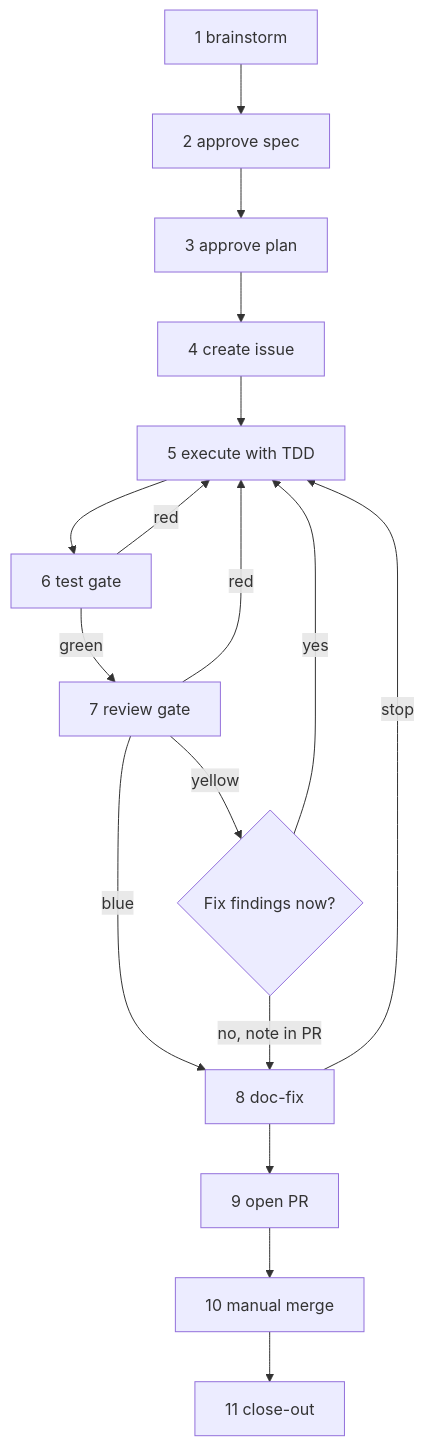
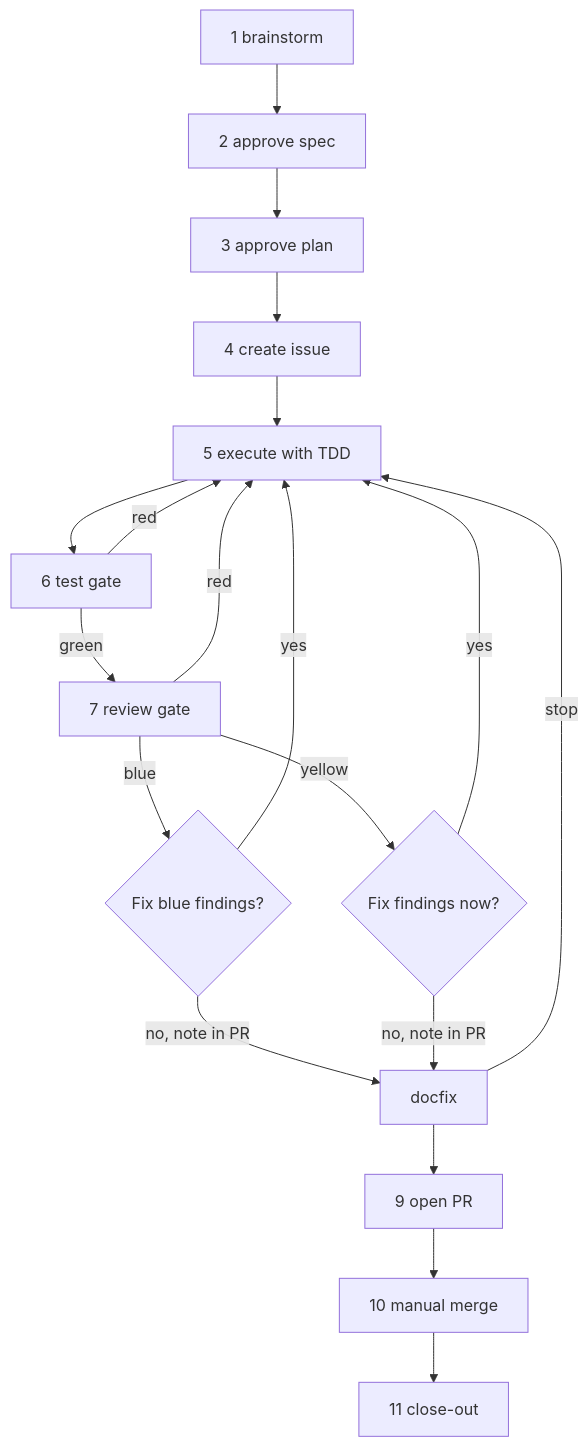
Before and after one commit to vincy-cheng/skills: the diagram in README.md, drawn with Mermaid. The commit also changed 1 other file, not shown here.

Commit message:
feat(review): blue verdict now asks — fix now vs note-in-PR
- blue findings were structurally skipped (no prompt, noted for PR body);
  the choice belongs to the user, not the skill
- fix stays the default recommendation: trivial fixes are cheap
- README flow chart gains the blue choice node

````diff
--- a/README.md
+++ b/README.md
@@ -55,17 +55,19 @@
 ```mermaid
 flowchart TD
     brainstorm[1 brainstorm] --> spec[2 approve spec] --> plan[3 approve plan]
     plan --> issue[4 create issue] --> execute[5 execute with TDD]
     execute --> test[6 test gate]
     test -- red --> execute
     test -- green --> review[7 review gate]
     review -- red --> execute
-    review -- blue --> docfix[8 doc-fix]
+    review -- blue --> bluechoice{Fix blue findings?}
+    bluechoice -- yes --> execute
+    bluechoice -- no, note in PR --> docfix
     review -- yellow --> choice{Fix findings now?}
     choice -- yes --> execute
     choice -- no, note in PR --> docfix
     docfix -- stop --> execute
     docfix --> pr[9 open PR]
     pr --> merge[10 manual merge]
     merge --> closeout[11 close-out]
 ```
````
